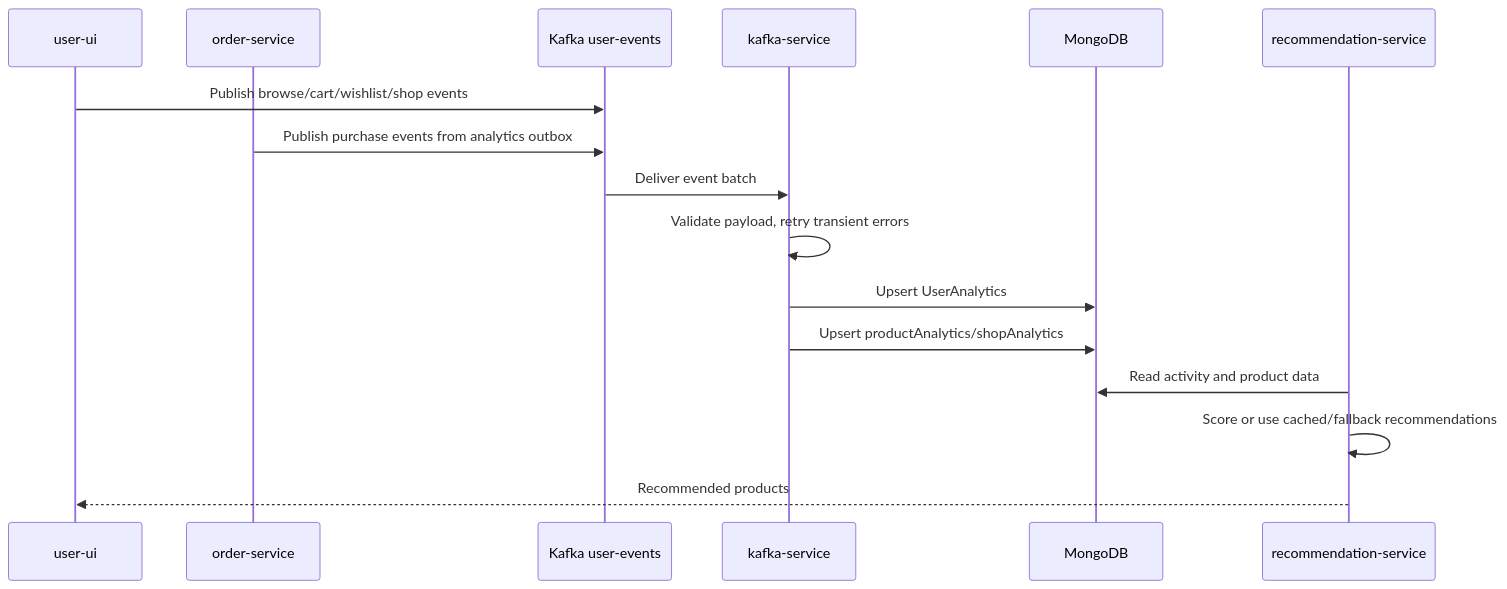
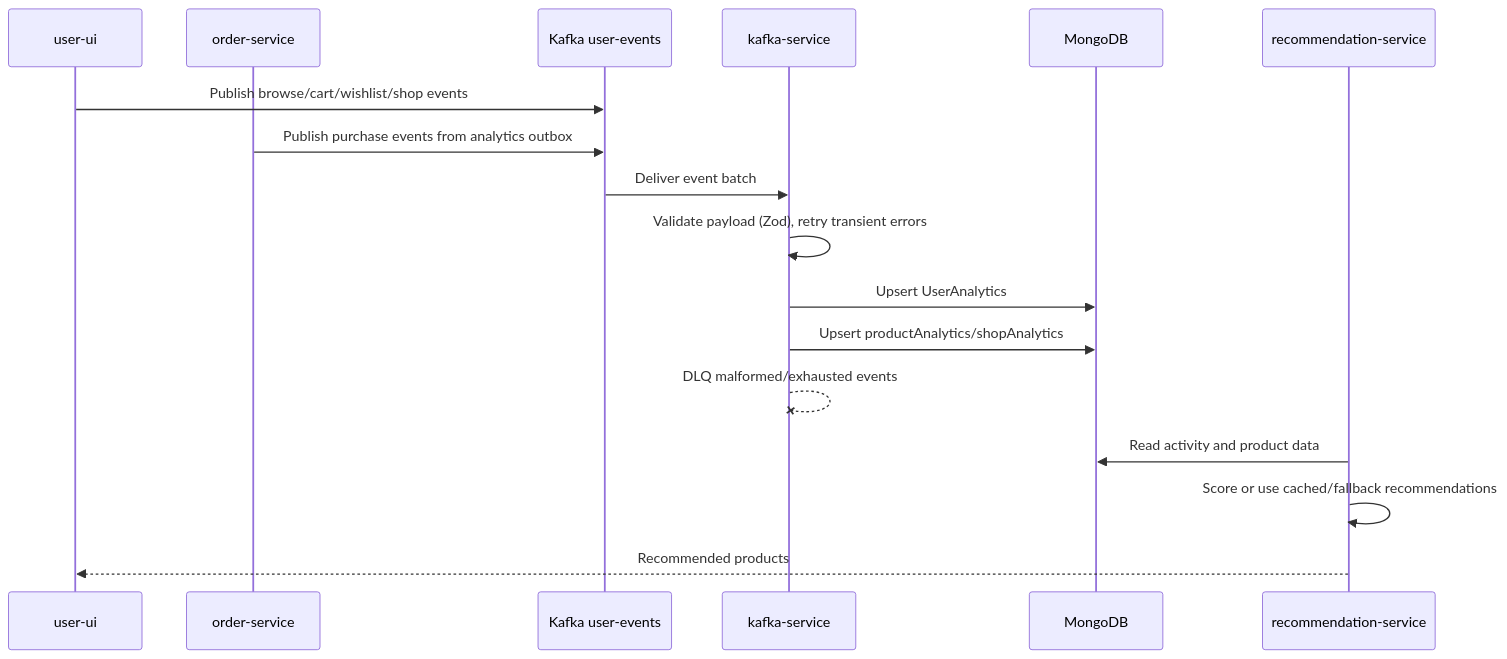
The fifth of 10 diagrams in README.md (aditya-deokar/artistry-cart), drawn with Mermaid before and after one commit. The commit also changed other lines of this file and 20 other files, not shown here.

Commit message:
docs: add comprehensive documentation for architecture, local development, and service workflows

````diff
--- a/README.md
+++ b/README.md
@@ -235,19 +244,20 @@
 ```mermaid
 sequenceDiagram
     participant UI as user-ui
     participant O as order-service
     participant K as Kafka user-events
     participant W as kafka-service
     participant DB as MongoDB
     participant R as recommendation-service
 
     UI->>K: Publish browse/cart/wishlist/shop events
     O->>K: Publish purchase events from analytics outbox
     K->>W: Deliver event batch
-    W->>W: Validate payload, retry transient errors
+    W->>W: Validate payload (Zod), retry transient errors
     W->>DB: Upsert UserAnalytics
     W->>DB: Upsert productAnalytics/shopAnalytics
+    W--xW: DLQ malformed/exhausted events
     R->>DB: Read activity and product data
     R->>R: Score or use cached/fallback recommendations
     R-->>UI: Recommended products
 ```
````
